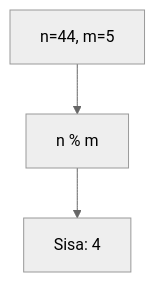
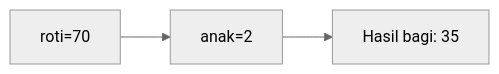
Before and after one commit to amnahwaida/OSNK_INF_PREP: diagram 11 of 25 in part-c-pemahaman-cpp/01-tipe-data/latihan/set-05.md, drawn with Mermaid (neutral theme). The commit also changed other lines of this file and 71 other files, not shown here.

````diff
--- a/part-c-pemahaman-cpp/01-tipe-data/latihan/set-05.md
+++ b/part-c-pemahaman-cpp/01-tipe-data/latihan/set-05.md
@@ -266,5 +310,5 @@
 ```mermaid
-graph TD
-A["n=44, m=5"] --> B["n % m"]
-B --> C["Sisa: 4"]
+graph LR
+A["roti=70"] --> B["anak=2"]
+B --> C["Hasil bagi: 35"]
 ```
````
